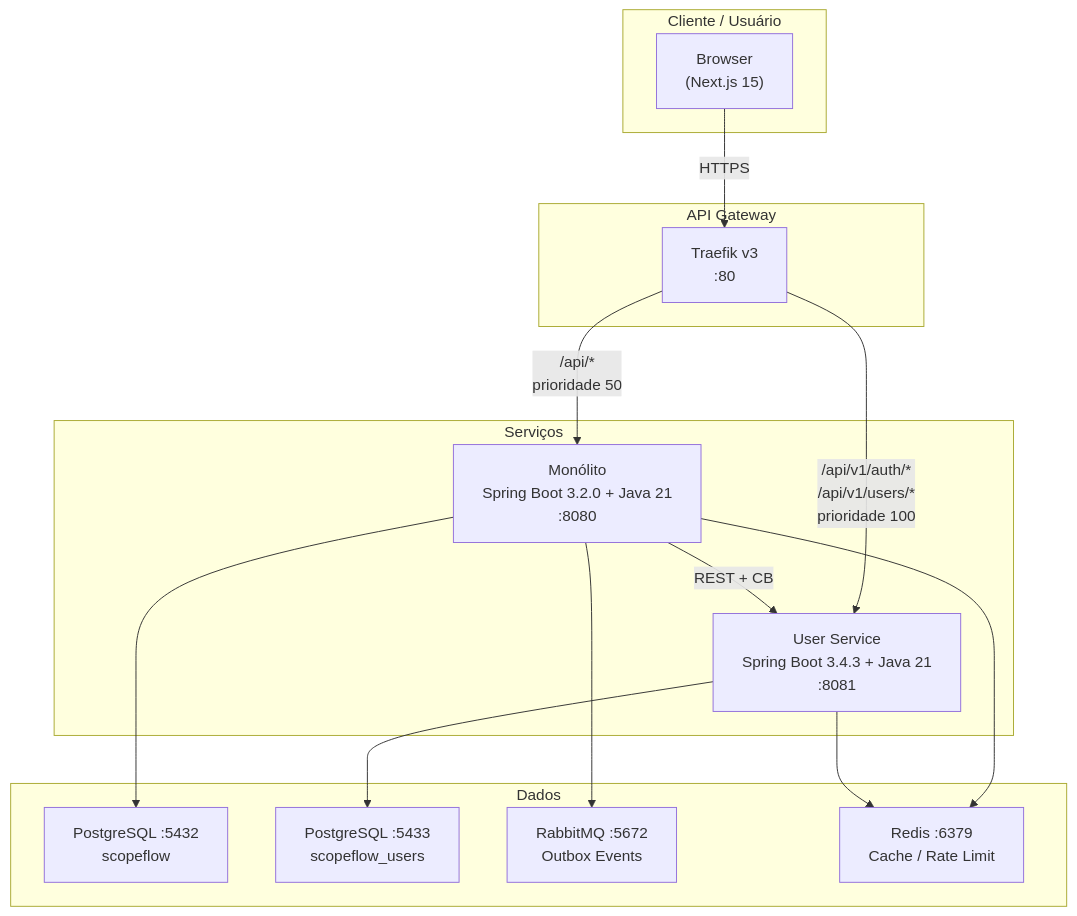
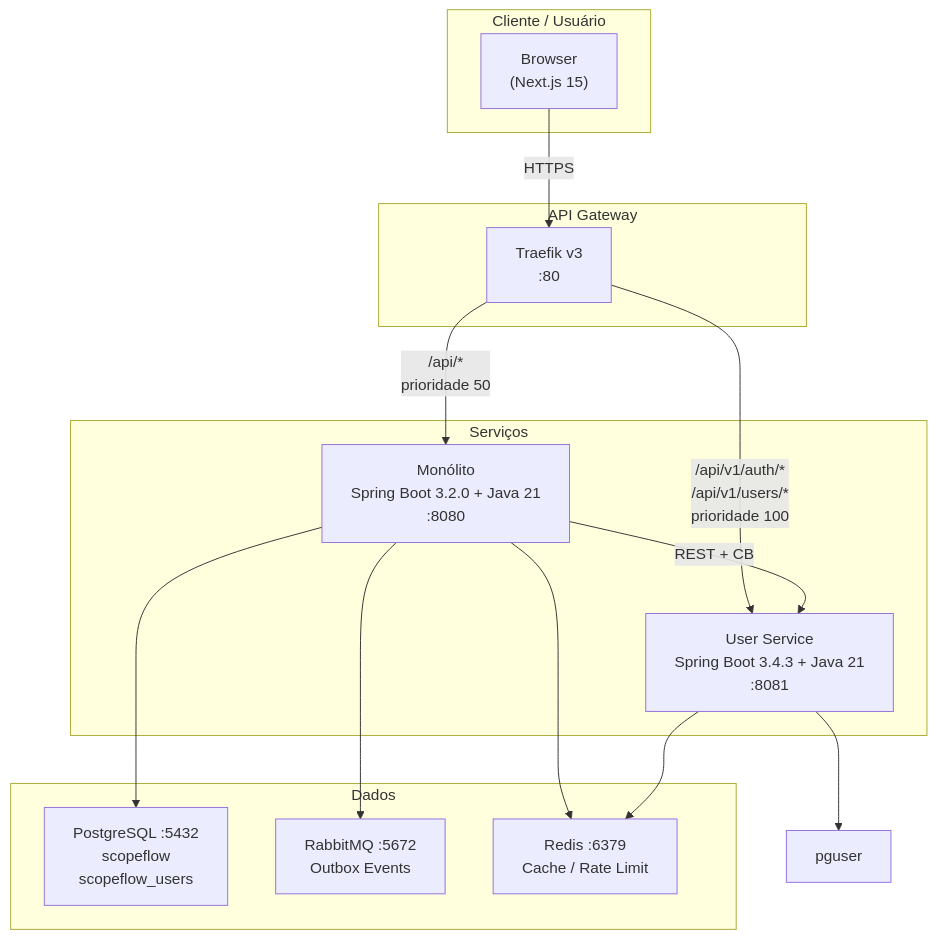
The first of 5 diagrams in README.md (queirozmarcus/projeto-service-b2b), drawn with Mermaid before and after one commit. The commit also changed other lines of this file and 91 other files, not shown here.

First line of the commit message:
feat: Unificação PostgreSQL em um único servidor com dois databases lógicos

````diff
--- a/README.md
+++ b/README.md
@@ -54,32 +54,31 @@
 ```mermaid
 graph TB
     subgraph client["Cliente / Usuário"]
         browser["Browser\n(Next.js 15)"]
     end
 
     subgraph gateway["API Gateway"]
         traefik["Traefik v3\n:80"]
     end
 
     subgraph services["Serviços"]
         monolith["Monólito\nSpring Boot 3.2.0 + Java 21\n:8080"]
         userservice["User Service\nSpring Boot 3.4.3 + Java 21\n:8081"]
     end
 
     subgraph data["Dados"]
-        pgmono["PostgreSQL :5432\nscopeflow"]
-        pguser["PostgreSQL :5433\nscopeflow_users"]
+        pgmono["PostgreSQL :5432\nscopeflow\nscopeflow_users"]
         rabbit["RabbitMQ :5672\nOutbox Events"]
         redis["Redis :6379\nCache / Rate Limit"]
     end
 
     browser -->|HTTPS| traefik
     traefik -->|"/api/v1/auth/*\n/api/v1/users/*\nprioridade 100"| userservice
     traefik -->|"/api/*\nprioridade 50"| monolith
     monolith --> pgmono
     monolith --> rabbit
     monolith --> redis
     monolith -->|"REST + CB"| userservice
     userservice --> pguser
     userservice --> redis
 ```
````
